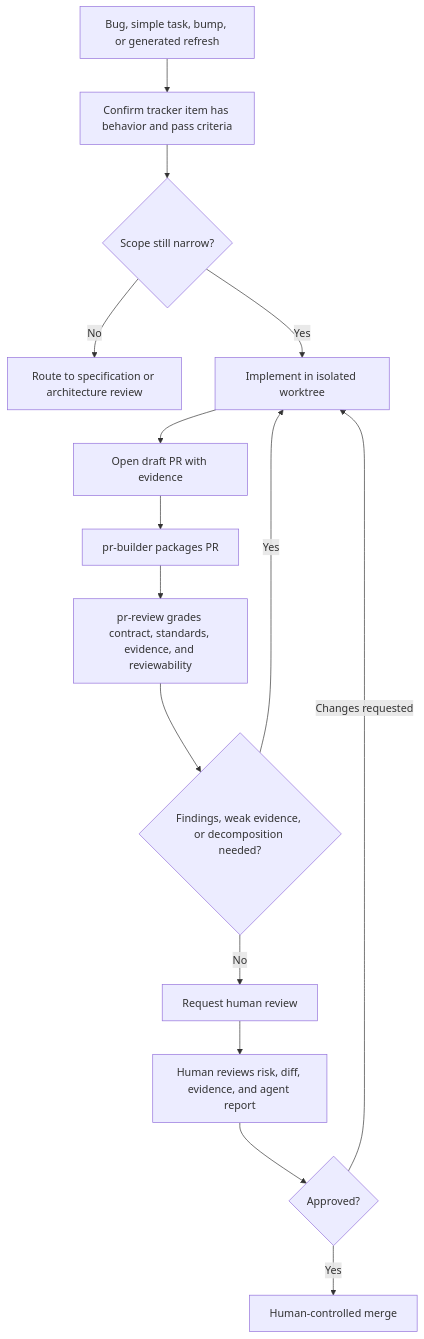
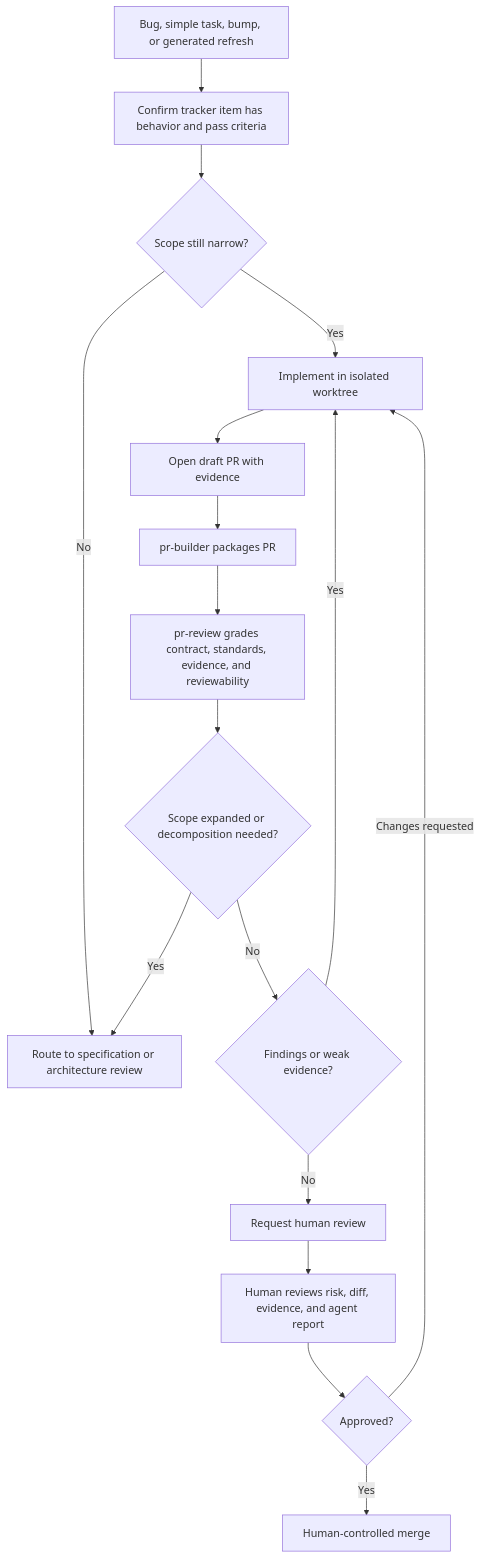
One commit to zazzcode/zazz-skills changed the first of 2 diagrams in docs/human-in-loop-pr-review-strategy.md. Above: the diagram before and after it, drawn with Mermaid. The commit also changed other lines of this file and 7 other files, not shown here.

Commit message:
Document spec-time review decomposition

````diff
--- a/docs/human-in-loop-pr-review-strategy.md
+++ b/docs/human-in-loop-pr-review-strategy.md
@@ -312,17 +333,19 @@
 ```mermaid
 flowchart TB
     A["Bug, simple task, bump, or generated refresh"] --> B["Confirm tracker item has behavior and pass criteria"]
     B --> C{"Scope still narrow?"}
     C -- "No" --> S["Route to specification or architecture review"]
     C -- "Yes" --> D["Implement in isolated worktree"]
     D --> E["Open draft PR with evidence"]
     E --> F["pr-builder packages PR"]
     F --> G["pr-review grades contract, standards, evidence, and reviewability"]
-    G --> H{"Findings, weak evidence, or decomposition needed?"}
-    H -- "Yes" --> D
-    H -- "No" --> I["Request human review"]
-    I --> J["Human reviews risk, diff, evidence, and agent report"]
-    J --> K{"Approved?"}
-    K -- "Changes requested" --> D
-    K -- "Yes" --> L["Human-controlled merge"]
+    G --> H{"Scope expanded or decomposition needed?"}
+    H -- "Yes" --> S
+    H -- "No" --> I{"Findings or weak evidence?"}
+    I -- "Yes" --> D
+    I -- "No" --> J["Request human review"]
+    J --> K["Human reviews risk, diff, evidence, and agent report"]
+    K --> L{"Approved?"}
+    L -- "Changes requested" --> D
+    L -- "Yes" --> M["Human-controlled merge"]
 ```
````
